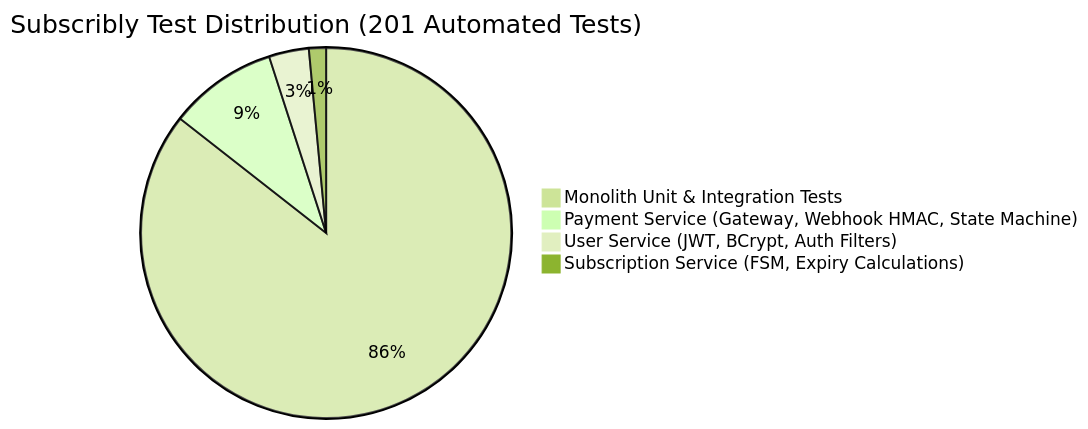
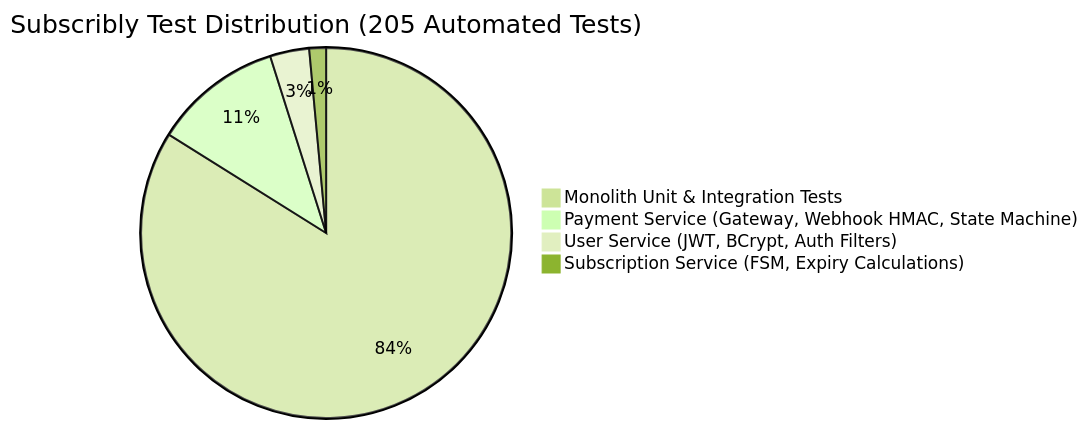
Diagram 11 of 17 in docs/SUBSCRIBLY_TECHNICAL_INTERVIEW_HANDBOOK.md (himanshukumar8/subscribly), drawn with Mermaid (forest theme) before and after one commit. The commit also changed other lines of this file and 1 other file, not shown here.

Commit message:
chore(quality-gate): expand payment regression coverage to 23 tests and synchronize handbook metrics

````diff
--- a/docs/SUBSCRIBLY_TECHNICAL_INTERVIEW_HANDBOOK.md
+++ b/docs/SUBSCRIBLY_TECHNICAL_INTERVIEW_HANDBOOK.md
@@ -1407,7 +1407,7 @@
 ```mermaid
-pie title Subscribly Test Distribution (201 Automated Tests)
+pie title Subscribly Test Distribution (205 Automated Tests)
     "Monolith Unit & Integration Tests" : 172
-    "Payment Service (Gateway, Webhook HMAC, State Machine)" : 19
+    "Payment Service (Gateway, Webhook HMAC, State Machine)" : 23
     "User Service (JWT, BCrypt, Auth Filters)" : 7
     "Subscription Service (FSM, Expiry Calculations)" : 3
 ```
````
